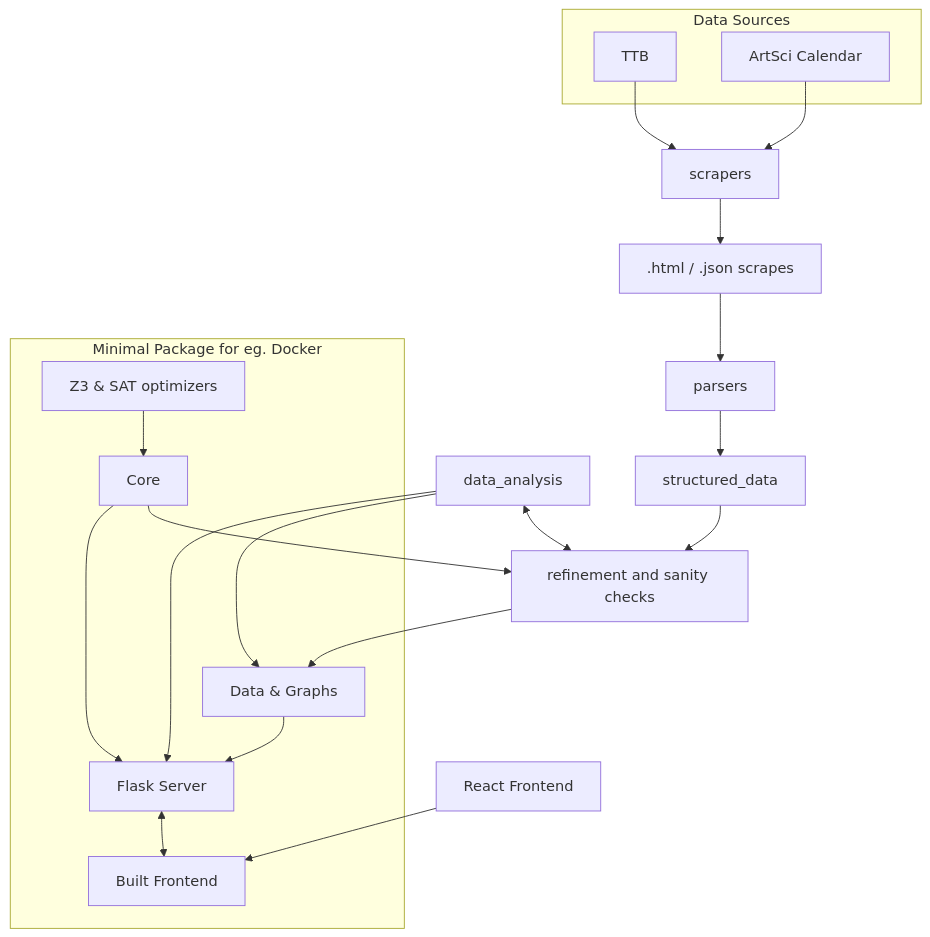
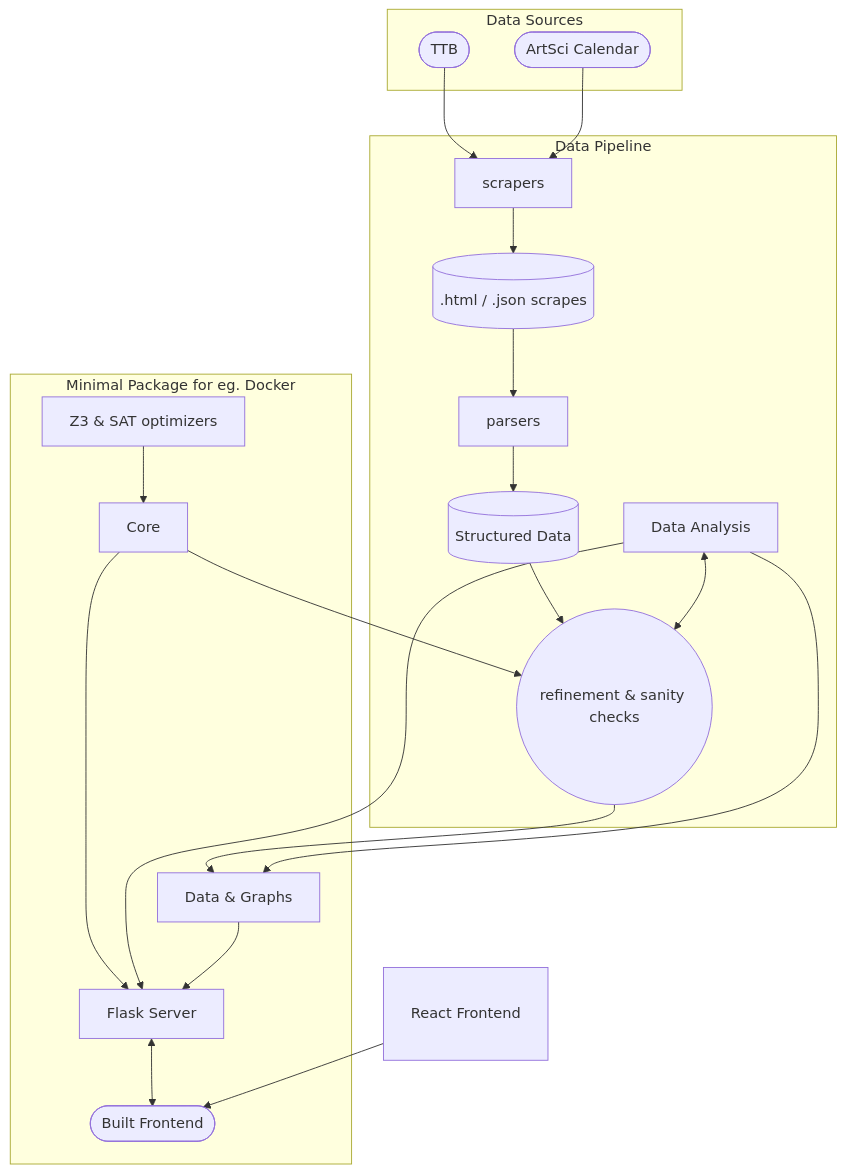
The diagram in docs/project_structure.mmd (andrei-akopian/UofTExplorer), drawn with Mermaid before and after one commit. The commit also changed 1 other file, not shown here.

Commit message:
docs: improve mermaid diagram

```diff
--- a/docs/project_structure.mmd
+++ b/docs/project_structure.mmd
@@ -1,37 +1,43 @@
 
 %% This is a mermaid graph of our project structure.
 %% Compile using https://github.com/mermaid-js/mermaid-cli
 %% mmdc -i project_structure.mmd -o project_structure.svg -b transparent
 
 flowchart TD
     subgraph DataSources[Data Sources]
-      ttb[TTB]
-      artscical[ArtSci Calendar]
+      ttb([TTB])
+      artscical([ArtSci Calendar])
     end
-    scrapers[scrapers]  
-    scraped_data[.html / .json scrapes]
-    parsers[parsers]
-    refiner[refinement and sanity checks]
+    subgraph DataPipeline[Data Pipeline]
+      data_analysis[Data Analysis]
+      scrapers[scrapers]  
+      scraped_data[(".html / .json scrapes")]
+      parsers[parsers]
+      refiner((refinement & sanity checks))
+      structured_data[("Structured Data")]
+    end
     ttb --> scrapers
     artscical --> scrapers
     scrapers --> scraped_data
     scraped_data --> parsers
     parsers --> structured_data
     structured_data --> refiner
     core --> refiner
     data_analysis <--> refiner
     subgraph minimalpack[Minimal Package for eg. Docker]
       data[Data & Graphs]
       backend[Flask Server]
       core[Core]
       sat[Z3 & SAT optimizers]
-      static[Built Frontend]
+      static([Built Frontend])
     end
     refiner --> data
     data_analysis --> data
     sat --> core
     core --> backend
     data_analysis --> backend
     data --> backend
     backend <--> static
-    frontend[React Frontend] --> static
+    frontend[React Frontend]:::wide
+    frontend --> static
+    classDef wide padding:1em;
```
